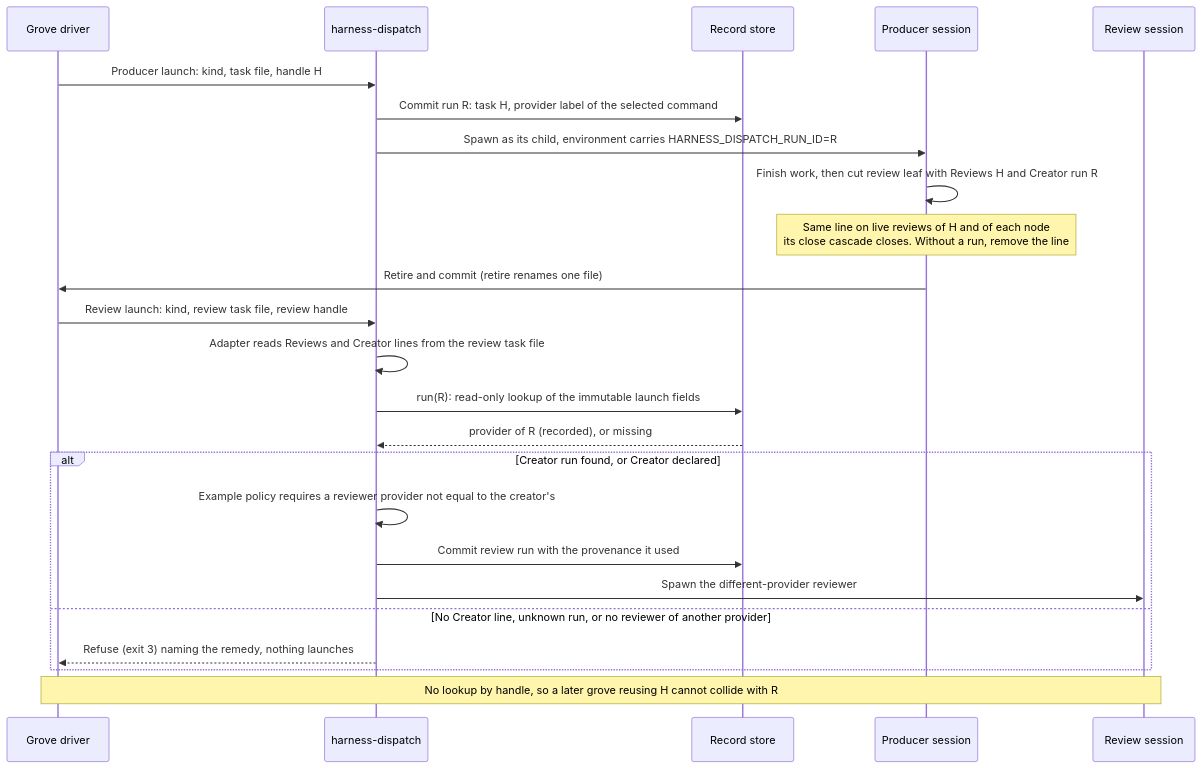
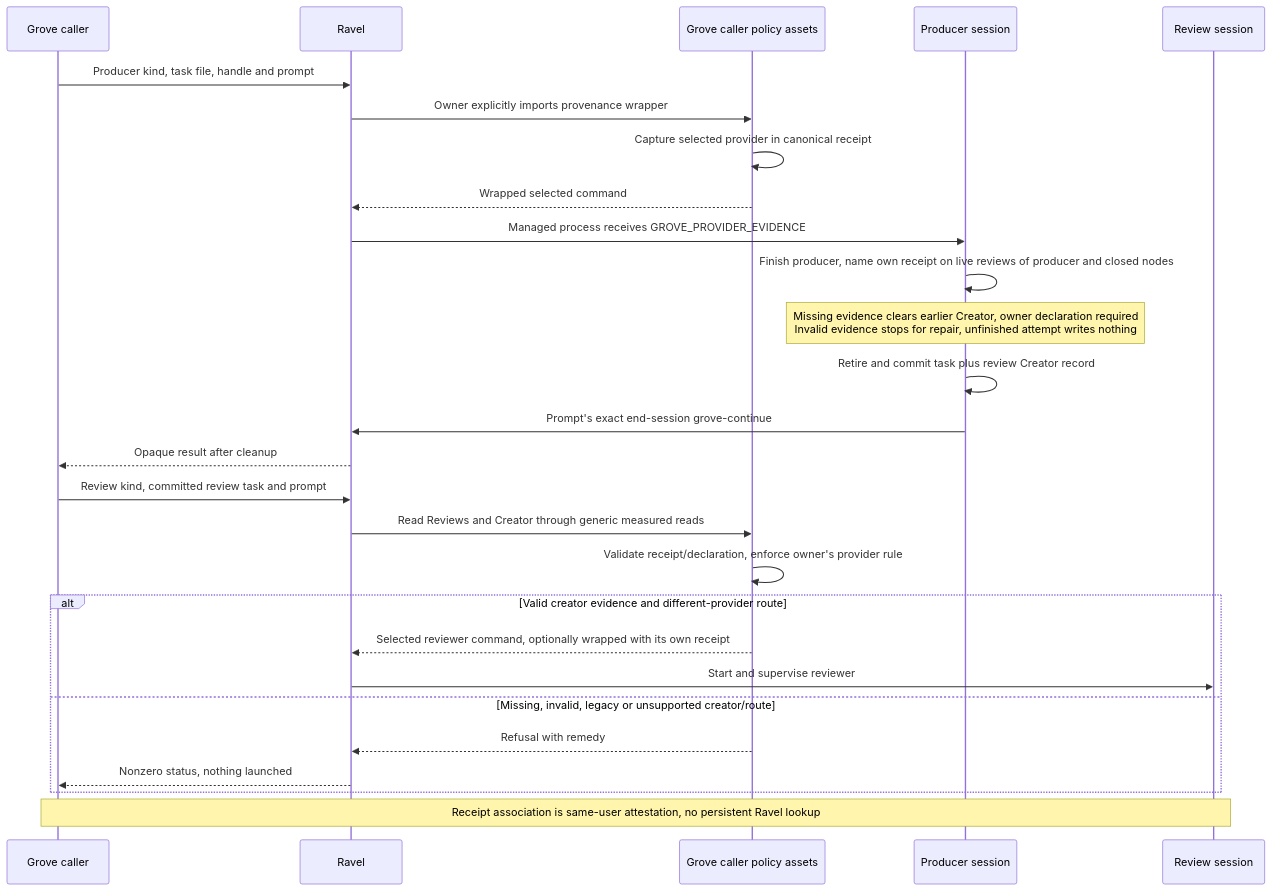
Before and after one commit to Linkuistics/grove: the diagram in docs/design/harness-selection-and-execution/creator-flow.mmd, drawn with Mermaid. The commit also changed 18 other files, not shown here.

Commit message:
grove-ravel-caller-views-k56: reconcile caller spec and views; decompose grove-ravel-docs-k12

```diff
--- a/docs/design/harness-selection-and-execution/creator-flow.mmd
+++ b/docs/design/harness-selection-and-execution/creator-flow.mmd
@@ -1,24 +1,27 @@
 sequenceDiagram
-  participant G as Grove driver
-  participant D as harness-dispatch
-  participant S as Record store
+  participant G as Grove caller
+  participant R as Ravel
+  participant A as Grove caller policy assets
   participant P as Producer session
   participant V as Review session
-  G->>D: Producer launch: kind, task file, handle H
-  D->>S: Commit run R: task H, provider label of the selected command
-  D->>P: Spawn as its child, environment carries HARNESS_DISPATCH_RUN_ID=R
-  P->>P: Finish work, then cut review leaf with Reviews H and Creator run R
-  Note over P: Same line on live reviews of H and of each node<br/>its close cascade closes. Without a run, remove the line
-  P->>G: Retire and commit (retire renames one file)
-  G->>D: Review launch: kind, review task file, review handle
-  D->>D: Adapter reads Reviews and Creator lines from the review task file
-  D->>S: run(R): read-only lookup of the immutable launch fields
-  S-->>D: provider of R (recorded), or missing
-  alt Creator run found, or Creator declared
-    D->>D: Example policy requires a reviewer provider not equal to the creator's
-    D->>S: Commit review run with the provenance it used
-    D->>V: Spawn the different-provider reviewer
-  else No Creator line, unknown run, or no reviewer of another provider
-    D-->>G: Refuse (exit 3) naming the remedy, nothing launches
+  G->>R: Producer kind, task file, handle and prompt
+  R->>A: Owner explicitly imports provenance wrapper
+  A->>A: Capture selected provider in canonical receipt
+  A-->>R: Wrapped selected command
+  R->>P: Managed process receives GROVE_PROVIDER_EVIDENCE
+  P->>P: Finish producer, name own receipt on live reviews of producer and closed nodes
+  Note over P: Missing evidence clears earlier Creator, owner declaration required<br/>Invalid evidence stops for repair, unfinished attempt writes nothing
+  P->>P: Retire and commit task plus review Creator record
+  P->>R: Prompt's exact end-session grove-continue
+  R-->>G: Opaque result after cleanup
+  G->>R: Review kind, committed review task and prompt
+  R->>A: Read Reviews and Creator through generic measured reads
+  A->>A: Validate receipt/declaration, enforce owner's provider rule
+  alt Valid creator evidence and different-provider route
+    A-->>R: Selected reviewer command, optionally wrapped with its own receipt
+    R->>V: Start and supervise reviewer
+  else Missing, invalid, legacy or unsupported creator/route
+    A-->>R: Refusal with remedy
+    R-->>G: Nonzero status, nothing launched
   end
-  Note over G,V: No lookup by handle, so a later grove reusing H cannot collide with R
+  Note over G,V: Receipt association is same-user attestation, no persistent Ravel lookup
```
